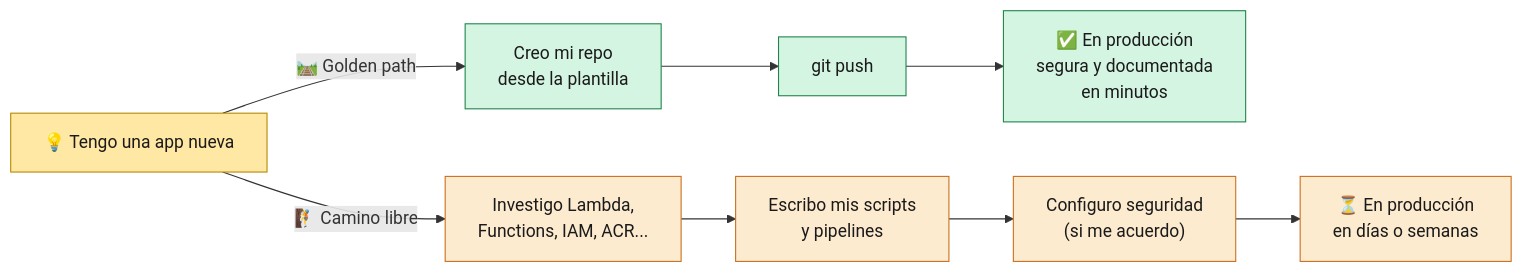
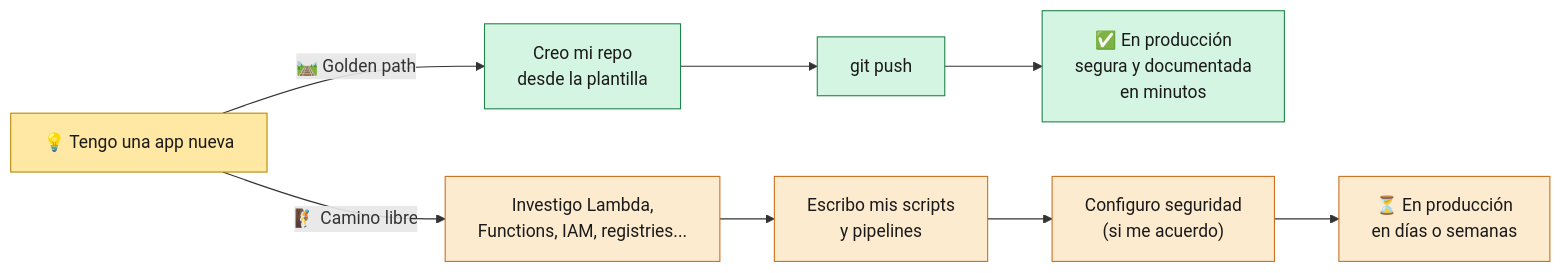
The third of 6 diagrams in doc/00-Ingenieria-de-Plataforma.md (yembertQC/Reto_Platform-Enginner_ED-Team), drawn with Mermaid before and after one commit. The commit also changed 28 other files, not shown here.

````diff
--- a/doc/00-Ingenieria-de-Plataforma.md
+++ b/doc/00-Ingenieria-de-Plataforma.md
@@ -100,13 +100,13 @@
 ```mermaid
 flowchart LR
     START["💡 Tengo una app nueva"]
     START -->|"🛤️ Golden path"| GP1["Creo mi repo<br/>desde la plantilla"] --> GP2["git push"] --> GP3["✅ En producción<br/>segura y documentada<br/>en minutos"]
-    START -->|"🧗 Camino libre"| FP1["Investigo Lambda,<br/>Functions, IAM, ACR..."] --> FP2["Escribo mis scripts<br/>y pipelines"] --> FP3["Configuro seguridad<br/>(si me acuerdo)"] --> FP4["⏳ En producción<br/>en días o semanas"]
+    START -->|"🧗 Camino libre"| FP1["Investigo Lambda,<br/>Functions, IAM, registries..."] --> FP2["Escribo mis scripts<br/>y pipelines"] --> FP3["Configuro seguridad<br/>(si me acuerdo)"] --> FP4["⏳ En producción<br/>en días o semanas"]
 
     classDef gp fill:#D5F5E3,stroke:#1E8449,color:#1a1a1a
     classDef fp fill:#FDEBD0,stroke:#CA6F1E,color:#1a1a1a
     classDef s fill:#FFE8A3,stroke:#B58900,color:#1a1a1a
     class START s
     class GP1,GP2,GP3 gp
     class FP1,FP2,FP3,FP4 fp
 ```
````
